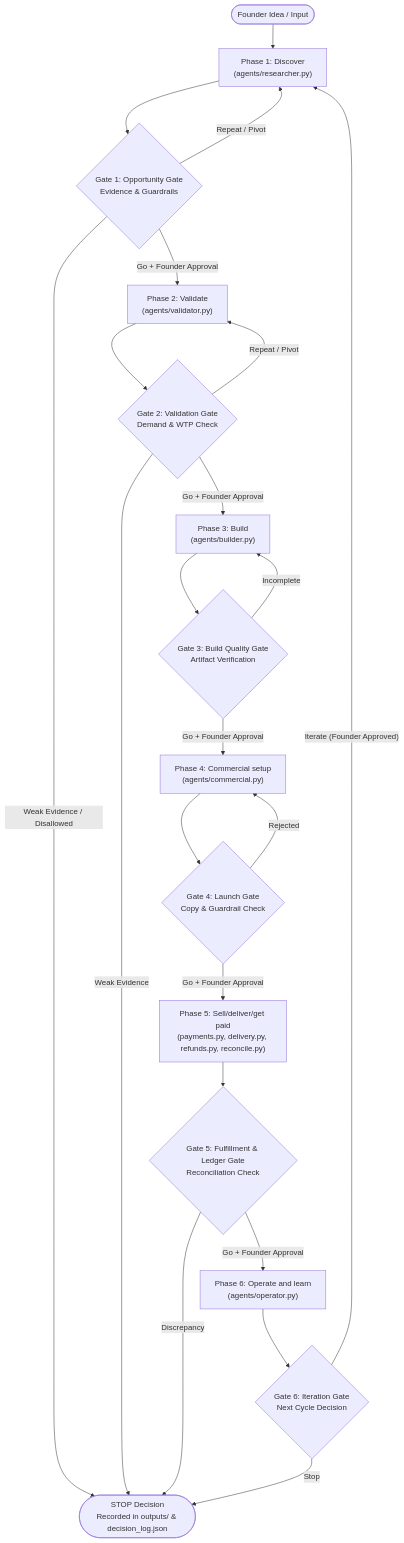
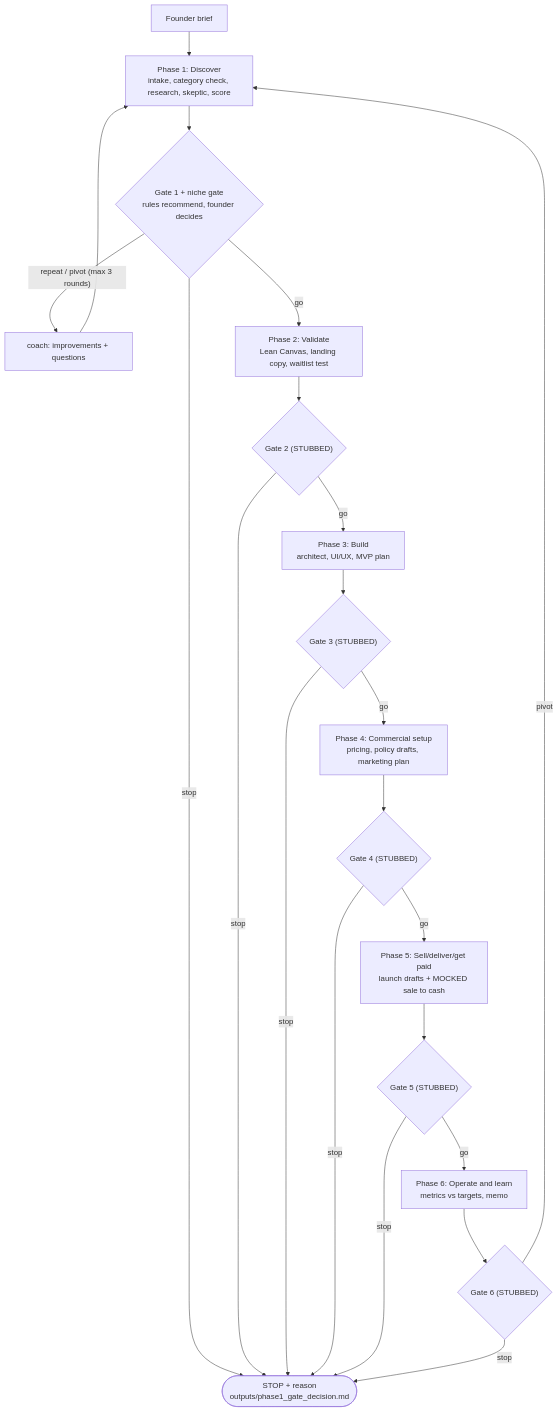
The first of 4 diagrams in ARCHITECTURE.md (moazezzat-sudo/agentic-venture-builder), drawn with Mermaid before and after one commit. The commit also changed other lines of this file, not shown here.

First line of the commit message:
Rewrite ARCHITECTURE.md: six phases, gates and STOP, sale to cash, data flow

````diff
--- a/ARCHITECTURE.md
+++ b/ARCHITECTURE.md
@@ -7,24 +7,19 @@
 ```mermaid
 flowchart TD
-    Founder(["Founder Idea / Input"]) --> P1["Phase 1: Discover\n(agents/researcher.py)"]
-    P1 --> G1{"Gate 1: Opportunity Gate\nEvidence & Guardrails"}
-    G1 -- "Weak Evidence / Disallowed" --> STOP(["STOP Decision\nRecorded in outputs/ & decision_log.json"])
-    G1 -- "Repeat / Pivot" --> P1
-    G1 -- "Go + Founder Approval" --> P2["Phase 2: Validate\n(agents/validator.py)"]
-    P2 --> G2{"Gate 2: Validation Gate\nDemand & WTP Check"}
-    G2 -- "Weak Evidence" --> STOP
-    G2 -- "Repeat / Pivot" --> P2
-    G2 -- "Go + Founder Approval" --> P3["Phase 3: Build\n(agents/builder.py)"]
-    P3 --> G3{"Gate 3: Build Quality Gate\nArtifact Verification"}
-    G3 -- "Incomplete" --> P3
-    G3 -- "Go + Founder Approval" --> P4["Phase 4: Commercial setup\n(agents/commercial.py)"]
-    P4 --> G4{"Gate 4: Launch Gate\nCopy & Guardrail Check"}
-    G4 -- "Rejected" --> P4
-    G4 -- "Go + Founder Approval" --> P5["Phase 5: Sell/deliver/get paid\n(payments.py, delivery.py, refunds.py, reconcile.py)"]
-    P5 --> G5{"Gate 5: Fulfillment & Ledger Gate\nReconciliation Check"}
-    G5 -- "Discrepancy" --> STOP
-    G5 -- "Go + Founder Approval" --> P6["Phase 6: Operate and learn\n(agents/operator.py)"]
-    P6 --> G6{"Gate 6: Iteration Gate\nNext Cycle Decision"}
-    G6 -- "Stop" --> STOP
-    G6 -- "Iterate (Founder Approved)" --> P1
+  B["Founder brief"] --> P1["Phase 1: Discover<br/>intake, category check, research, skeptic, score"]
+  P1 --> G1{"Gate 1 + niche gate<br/>rules recommend, founder decides"}
+  G1 -- "stop" --> S(["STOP + reason<br/>outputs/phase1_gate_decision.md"])
+  G1 -- "repeat / pivot (max 3 rounds)" --> CO["coach: improvements + questions"] --> P1
+  G1 -- "go" --> P2["Phase 2: Validate<br/>Lean Canvas, landing copy, waitlist test"]
+  P2 --> G2{"Gate 2 (STUBBED)"}
+  G2 -- "go" --> P3["Phase 3: Build<br/>architect, UI/UX, MVP plan"]
+  P3 --> G3{"Gate 3 (STUBBED)"}
+  G3 -- "go" --> P4["Phase 4: Commercial setup<br/>pricing, policy drafts, marketing plan"]
+  P4 --> G4{"Gate 4 (STUBBED)"}
+  G4 -- "go" --> P5["Phase 5: Sell/deliver/get paid<br/>launch drafts + MOCKED sale to cash"]
+  P5 --> G5{"Gate 5 (STUBBED)"}
+  G5 -- "go" --> P6["Phase 6: Operate and learn<br/>metrics vs targets, memo"]
+  P6 --> G6{"Gate 6 (STUBBED)"}
+  G6 -- "pivot" --> P1
+  G2 & G3 & G4 & G5 & G6 -- "stop" --> S
 ```
````
